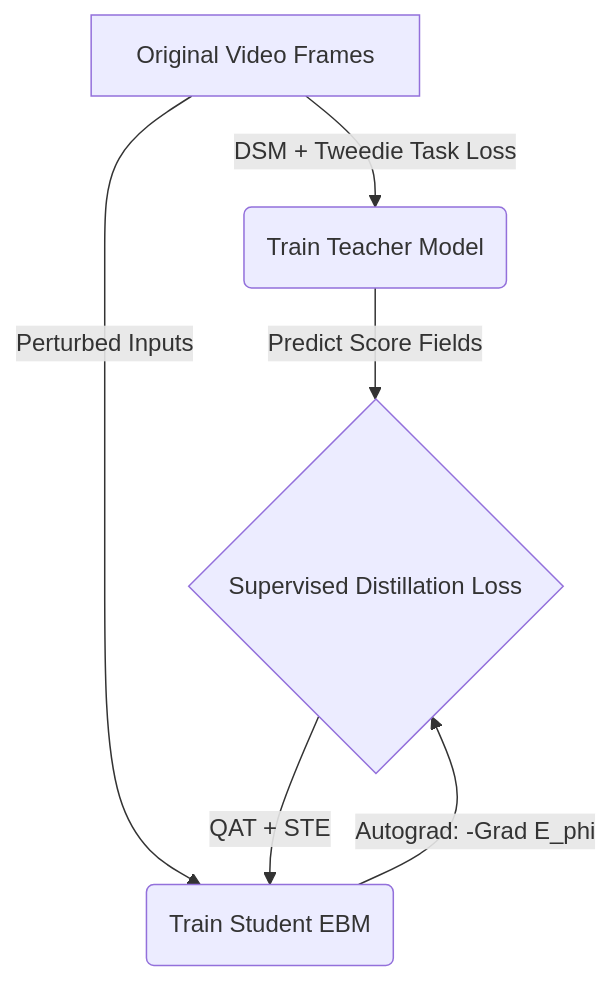
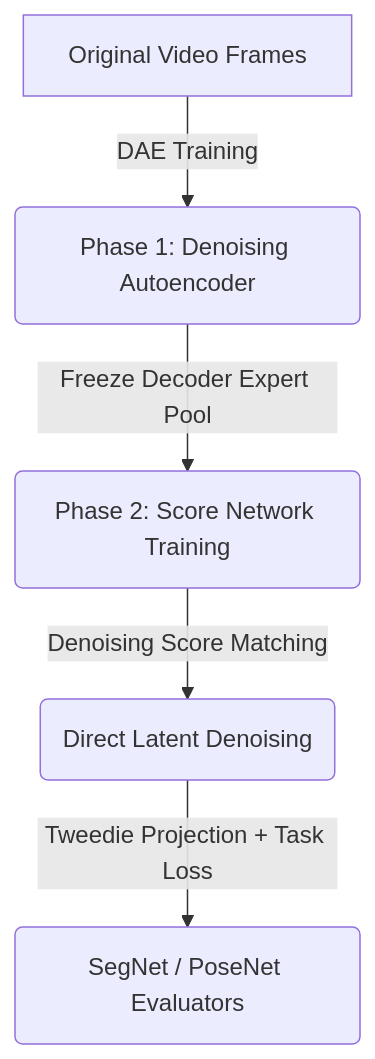
One commit to IanPTan/comma-vc-dev changed the diagram in docs/plan.md. Above: the diagram before and after it, drawn with Mermaid. The commit also changed other lines of this file and 2 other files, not shown here.

````diff
--- a/docs/plan.md
+++ b/docs/plan.md
@@ -94,8 +62,7 @@
 ```mermaid
 graph TD
-    A[Original Video Frames] -->|DSM + Tweedie Task Loss| B(Train Teacher Model)
-    B -->|Predict Score Fields| C{Supervised Distillation Loss}
-    A -->|Perturbed Inputs| D(Train Student EBM)
-    D -->|Autograd: -Grad E_phi| C
-    C -->|QAT + STE| D
+    A[Original Video Frames] -->|DAE Training| B(Phase 1: Denoising Autoencoder)
+    B -->|Freeze Decoder Expert Pool| C(Phase 2: Score Network Training)
+    C -->|Denoising Score Matching| D(Direct Latent Denoising)
+    D -->|Tweedie Projection + Task Loss| E(SegNet / PoseNet Evaluators)
 ```
````
